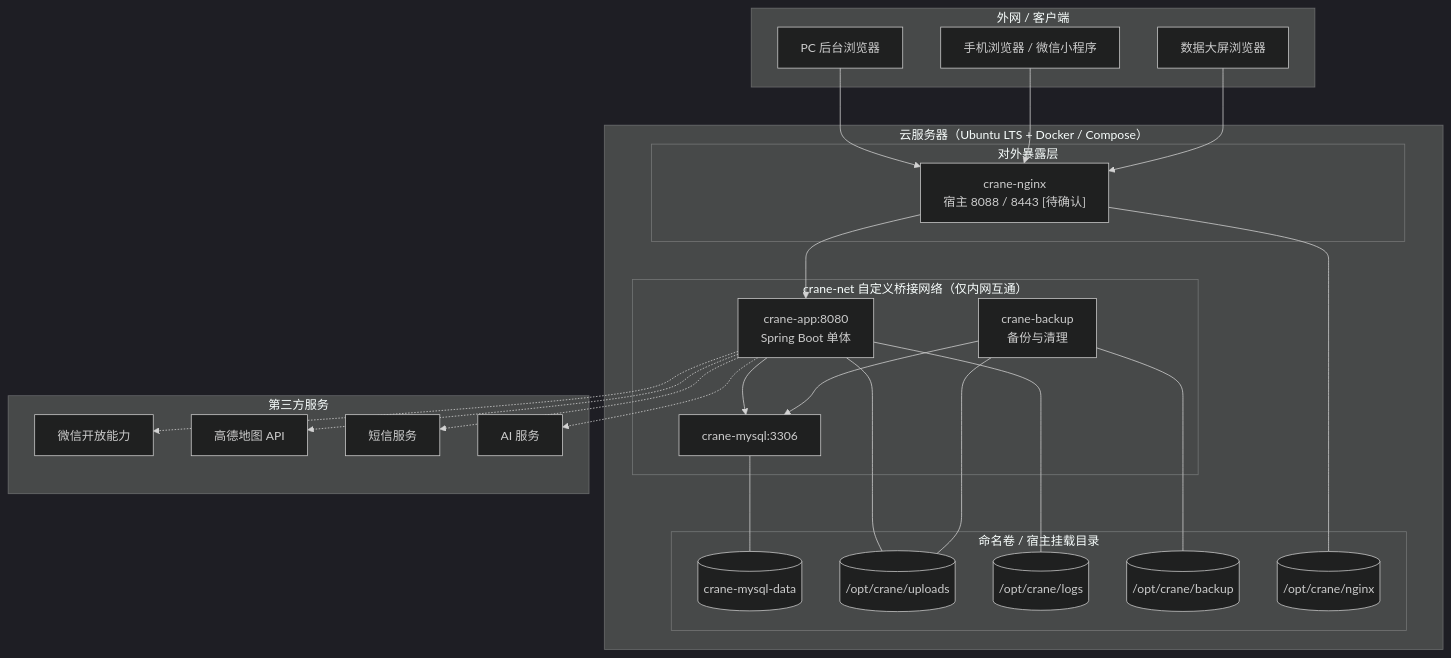
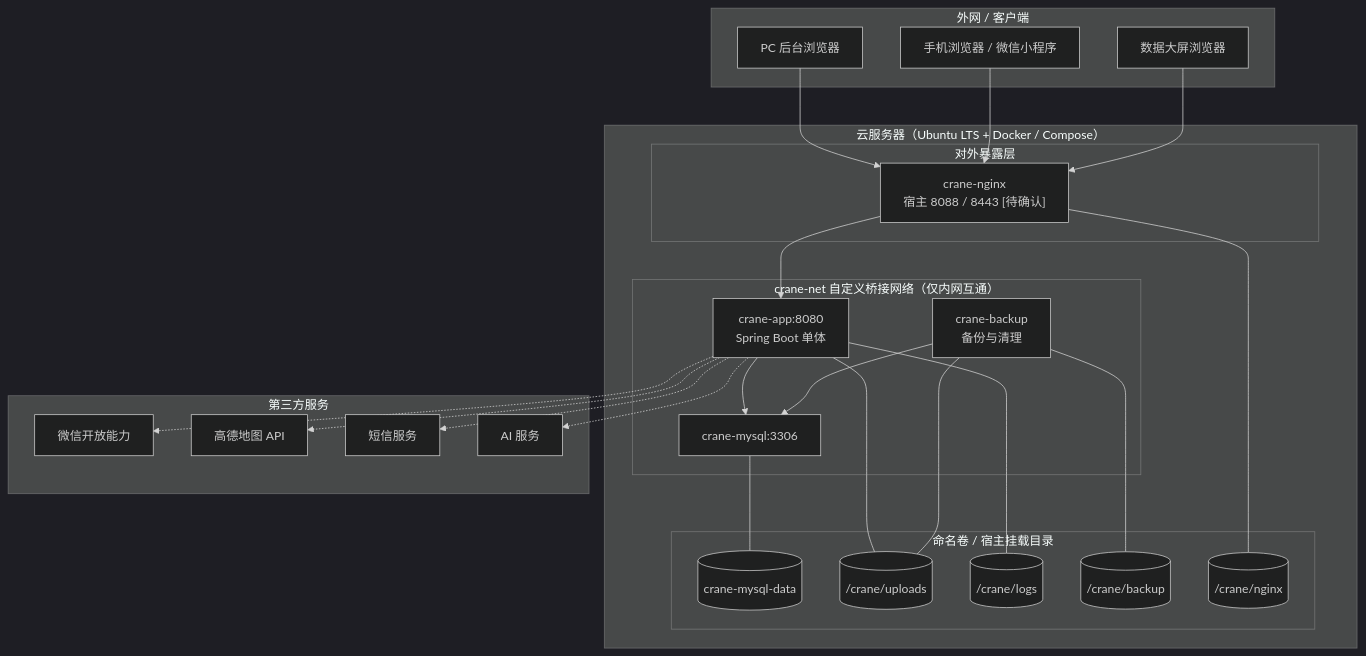
One commit to mabaojun/crane-workorder-system changed the diagram in docs/前置设计/08-部署与环境设计文档.md. Above: the diagram before and after it, drawn with Mermaid (dark theme). The commit also changed other lines of this file and 5 other files, not shown here.

````diff
--- a/docs/前置设计/08-部署与环境设计文档.md
+++ b/docs/前置设计/08-部署与环境设计文档.md
@@ -114,52 +114,52 @@
 ```mermaid
 graph TB
     subgraph Internet["外网 / 客户端"]
         Browser["PC 后台浏览器"]
         Phone["手机浏览器 / 微信小程序"]
         Screen["数据大屏浏览器"]
     end
 
     subgraph Host["云服务器（Ubuntu LTS + Docker / Compose）"]
         subgraph Edge["对外暴露层"]
             Nginx["crane-nginx<br/>宿主 8088 / 8443 [待确认]"]
         end
 
         subgraph Net["crane-net 自定义桥接网络（仅内网互通）"]
             App["crane-app:8080<br/>Spring Boot 单体"]
             MySQL["crane-mysql:3306"]
             Backup["crane-backup<br/>备份与清理"]
         end
 
         subgraph Vol["命名卷 / 宿主挂载目录"]
             VolDB[("crane-mysql-data")]
-            VolUp[("/opt/crane/uploads")]
-            VolLog[("/opt/crane/logs")]
-            VolBak[("/opt/crane/backup")]
-            VolNginx[("/opt/crane/nginx")]
+            VolUp[("/crane/uploads")]
+            VolLog[("/crane/logs")]
+            VolBak[("/crane/backup")]
+            VolNginx[("/crane/nginx")]
         end
     end
 
     subgraph Third["第三方服务"]
         WX["微信开放能力"]
         AMap["高德地图 API"]
         SMS["短信服务"]
         AI["AI 服务"]
     end
 
     Browser --> Nginx
     Phone --> Nginx
     Screen --> Nginx
     Nginx --> App
     App --> MySQL
     Backup --> MySQL
     App -.-> WX
     App -.-> AMap
     App -.-> SMS
     App -.-> AI
     MySQL --- VolDB
     App --- VolUp
     App --- VolLog
     Nginx --- VolNginx
     Backup --- VolBak
     Backup --- VolUp
 ```
````
